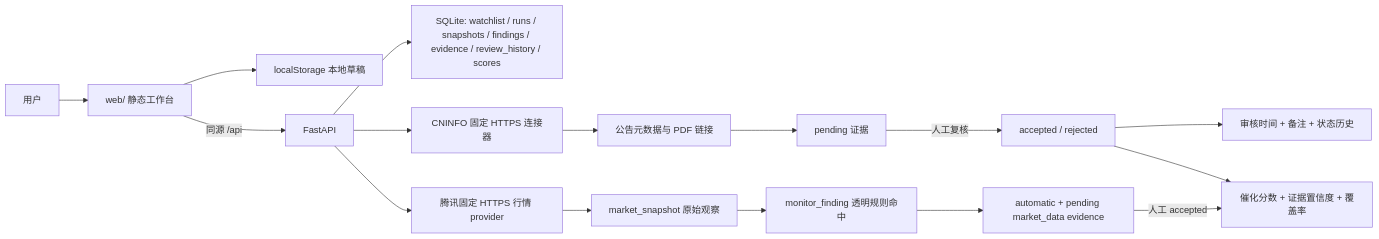
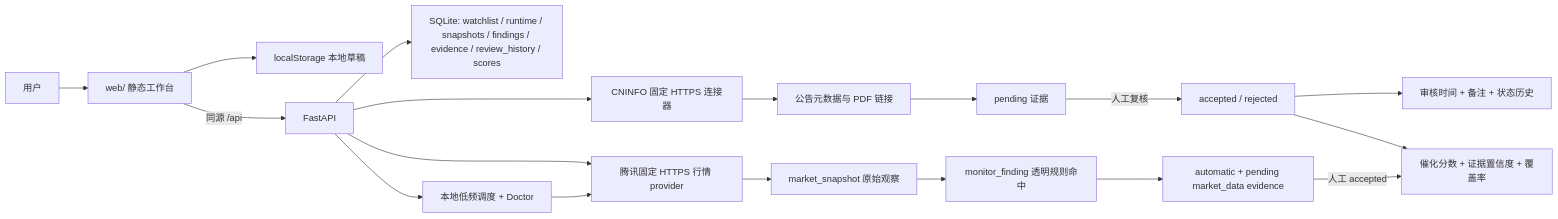
Before and after one commit to dongpen-max/A-Share-Catalyst-Lens: the diagram in HANDOFF.md, drawn with Mermaid. The commit also changed other lines of this file and 13 other files, not shown here.

````diff
--- a/HANDOFF.md
+++ b/HANDOFF.md
@@ -126,18 +147,20 @@
 ```mermaid
 flowchart LR
     U["用户"] --> W["web/ 静态工作台"]
     W --> L["localStorage 本地草稿"]
     W -->|"同源 /api"| A["FastAPI"]
-    A --> D["SQLite: watchlist / runs / snapshots / findings / evidence / review_history / scores"]
+    A --> D["SQLite: watchlist / runtime / snapshots / findings / evidence / review_history / scores"]
     A --> C["CNINFO 固定 HTTPS 连接器"]
     C --> P["公告元数据与 PDF 链接"]
     P --> E["pending 证据"]
     E -->|"人工复核"| X["accepted / rejected"]
     X --> H["审核时间 + 备注 + 状态历史"]
     X --> S["催化分数 + 证据置信度 + 覆盖率"]
     A --> T["腾讯固定 HTTPS 行情 provider"]
+    A --> R["本地低频调度 + Doctor"]
+    R --> T
     T --> M["market_snapshot 原始观察"]
     M --> F["monitor_finding 透明规则命中"]
     F --> Q["automatic + pending market_data evidence"]
     Q -->|"人工 accepted"| S
 ```
````
